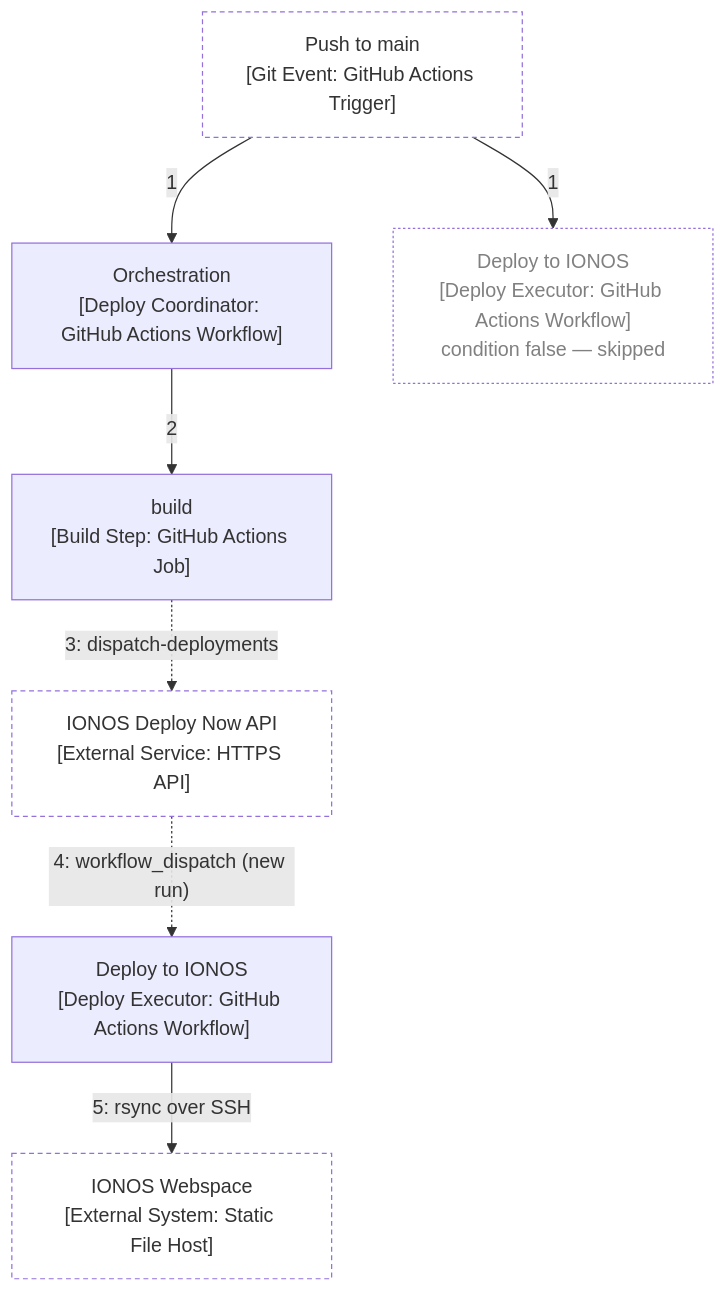
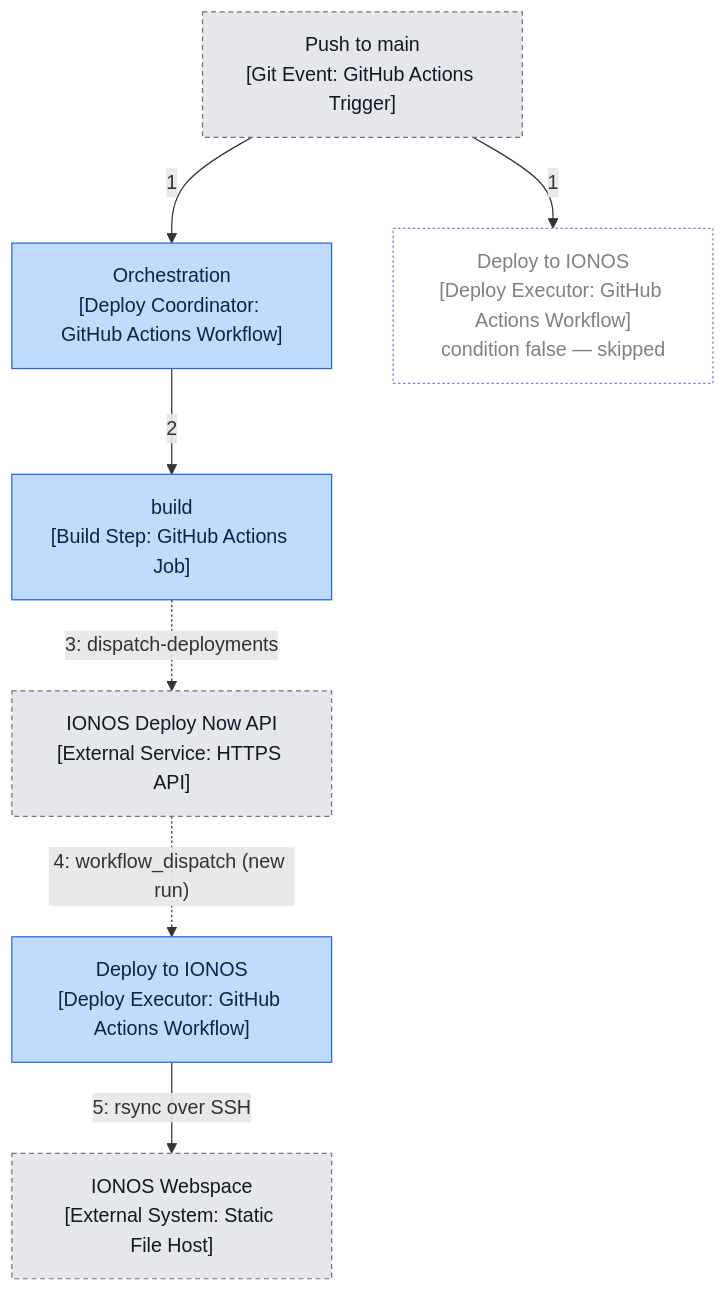
One commit to cfisch3r/estimate changed the third of 3 diagrams in docs/technical/runbook.md. Above: the diagram before and after it, drawn with Mermaid. The commit also changed other lines of this file, not shown here.

````diff
--- a/docs/technical/runbook.md
+++ b/docs/technical/runbook.md
@@ -68,21 +89,24 @@
 ```mermaid
 flowchart TB
   Push["Push to main<br/>[Git Event: GitHub Actions Trigger]"]:::external
 
   Orch["Orchestration<br/>[Deploy Coordinator: GitHub Actions Workflow]"]
   BuildJob["build<br/>[Build Step: GitHub Actions Job]"]
   DeployWf["Deploy to IONOS<br/>[Deploy Executor: GitHub Actions Workflow]"]
   DeployWfSkip["Deploy to IONOS<br/>[Deploy Executor: GitHub Actions Workflow]<br/>condition false — skipped"]:::skipped
   IonosAPI["IONOS Deploy Now API<br/>[External Service: HTTPS API]"]:::external
   Webspace["IONOS Webspace<br/>[External System: Static File Host]"]:::external
 
   Push -->|1| Orch
   Push -->|1| DeployWfSkip
   Orch -->|2| BuildJob
   BuildJob -.->|"3: dispatch-deployments"| IonosAPI
   IonosAPI -.->|"4: workflow_dispatch (new run)"| DeployWf
   DeployWf -->|"5: rsync over SSH"| Webspace
 
-  classDef external fill:transparent,stroke-dasharray: 4 3
+  classDef deploy fill:#BFDBFE,stroke:#2563EB,color:#0B2545
+  classDef ci fill:#DDD6FE,stroke:#7C3AED,color:#2E1065
+  classDef external fill:#E5E7EB,stroke:#6B7280,color:#111827,stroke-dasharray: 4 3
   classDef skipped fill:transparent,stroke-dasharray: 2 2,color:gray
+  class Orch,BuildJob,DeployWf deploy
 ```
````
